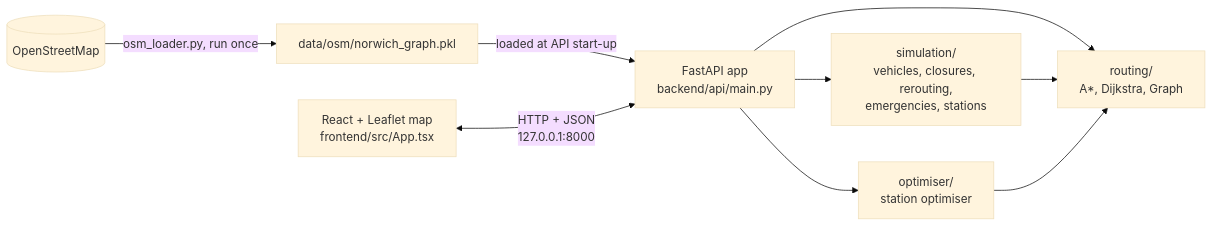
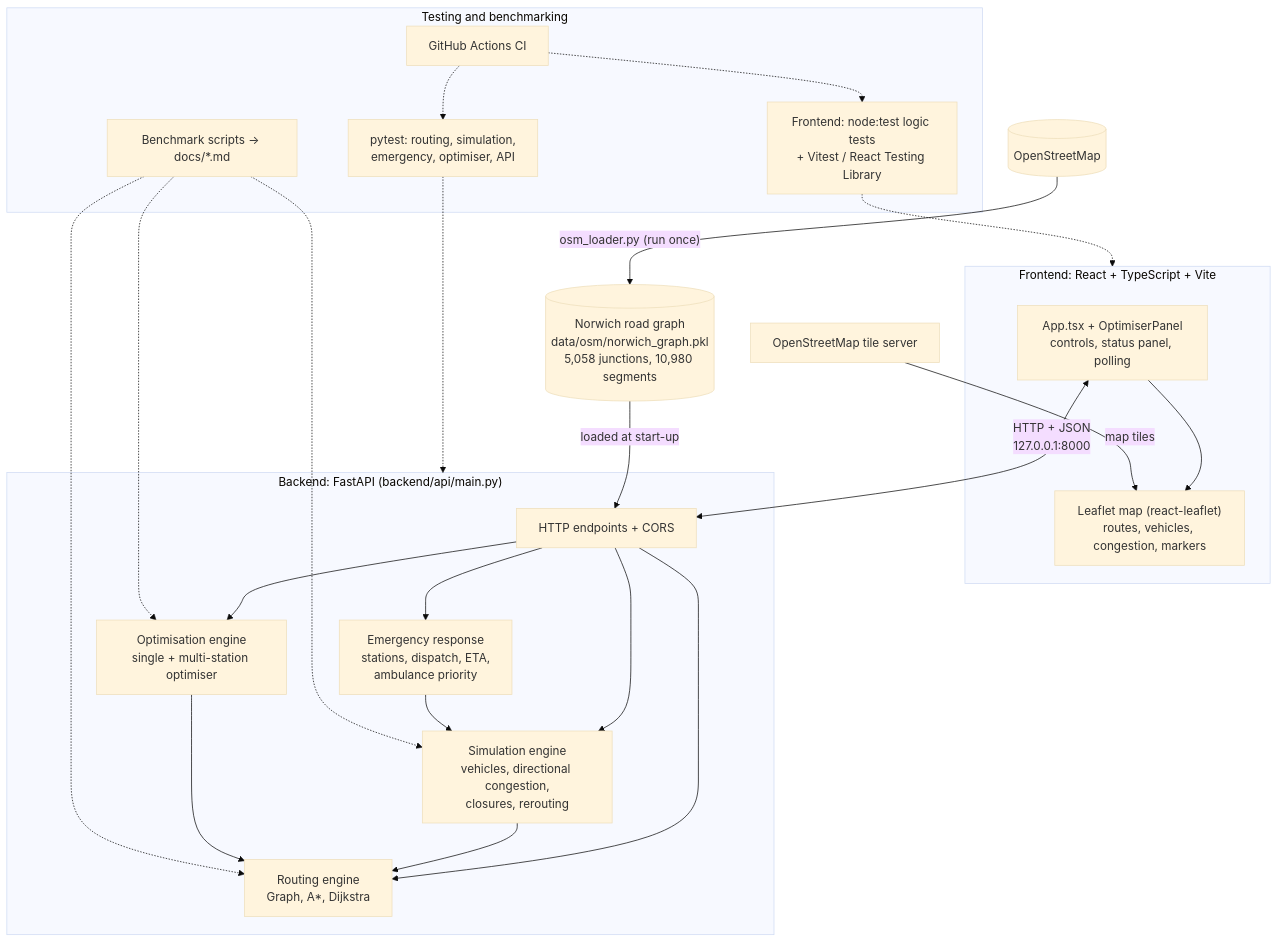
The diagram in docs/ARCHITECTURE.md (samiaa10/urban-traffic-sim), drawn with Mermaid (base theme) before and after one commit. The commit also changed other lines of this file and 18 other files, not shown here.

Commit message:
Add Render deployment: configurable API URL and CORS, render.yaml, commit Norwich graph

````diff
--- a/docs/ARCHITECTURE.md
+++ b/docs/ARCHITECTURE.md
@@ -12,11 +12,44 @@
 ```mermaid
-flowchart LR
-    OSM[(OpenStreetMap)] -->|osm_loader.py, run once| PKL[data/osm/norwich_graph.pkl]
-    PKL -->|loaded at API start-up| API[FastAPI app<br/>backend/api/main.py]
-    API --> ROUTING[routing/<br/>A*, Dijkstra, Graph]
-    API --> SIM[simulation/<br/>vehicles, closures, rerouting,<br/>emergencies, stations]
-    API --> OPT[optimiser/<br/>station optimiser]
-    SIM --> ROUTING
-    OPT --> ROUTING
-    FE[React + Leaflet map<br/>frontend/src/App.tsx] <-->|HTTP + JSON<br/>127.0.0.1:8000| API
+flowchart TB
+    OSM[(OpenStreetMap)] -->|"osm_loader.py (run once)"| PKL[("Norwich road graph<br/>data/osm/norwich_graph.pkl<br/>5,058 junctions, 10,980 segments")]
+
+    subgraph FE["Frontend: React + TypeScript + Vite"]
+        APP["App.tsx + OptimiserPanel<br/>controls, status panel, polling"]
+        MAP["Leaflet map (react-leaflet)<br/>routes, vehicles, congestion, markers"]
+        APP --> MAP
+    end
+
+    subgraph BE["Backend: FastAPI (backend/api/main.py)"]
+        API["HTTP endpoints + CORS"]
+        ROUTING["Routing engine<br/>Graph, A*, Dijkstra"]
+        SIM["Simulation engine<br/>vehicles, directional congestion,<br/>closures, rerouting"]
+        EMER["Emergency response<br/>stations, dispatch, ETA,<br/>ambulance priority"]
+        OPT["Optimisation engine<br/>single + multi-station optimiser"]
+        API --> SIM
+        API --> ROUTING
+        API --> EMER
+        API --> OPT
+        SIM --> ROUTING
+        EMER --> SIM
+        OPT --> ROUTING
+    end
+
+    PKL -->|"loaded at start-up"| API
+    APP <-->|"HTTP + JSON<br/>127.0.0.1:8000"| API
+    TILES[OpenStreetMap tile server] -->|map tiles| MAP
+
+    subgraph QA["Testing and benchmarking"]
+        PYT["pytest: routing, simulation,<br/>emergency, optimiser, API"]
+        BEN["Benchmark scripts -> docs/*.md"]
+        FET["Frontend: node:test logic tests<br/>+ Vitest / React Testing Library"]
+        CI["GitHub Actions CI"]
+    end
+
+    PYT -.-> BE
+    BEN -.-> ROUTING
+    BEN -.-> SIM
+    BEN -.-> OPT
+    FET -.-> FE
+    CI -.-> PYT
+    CI -.-> FET
 ```
````
